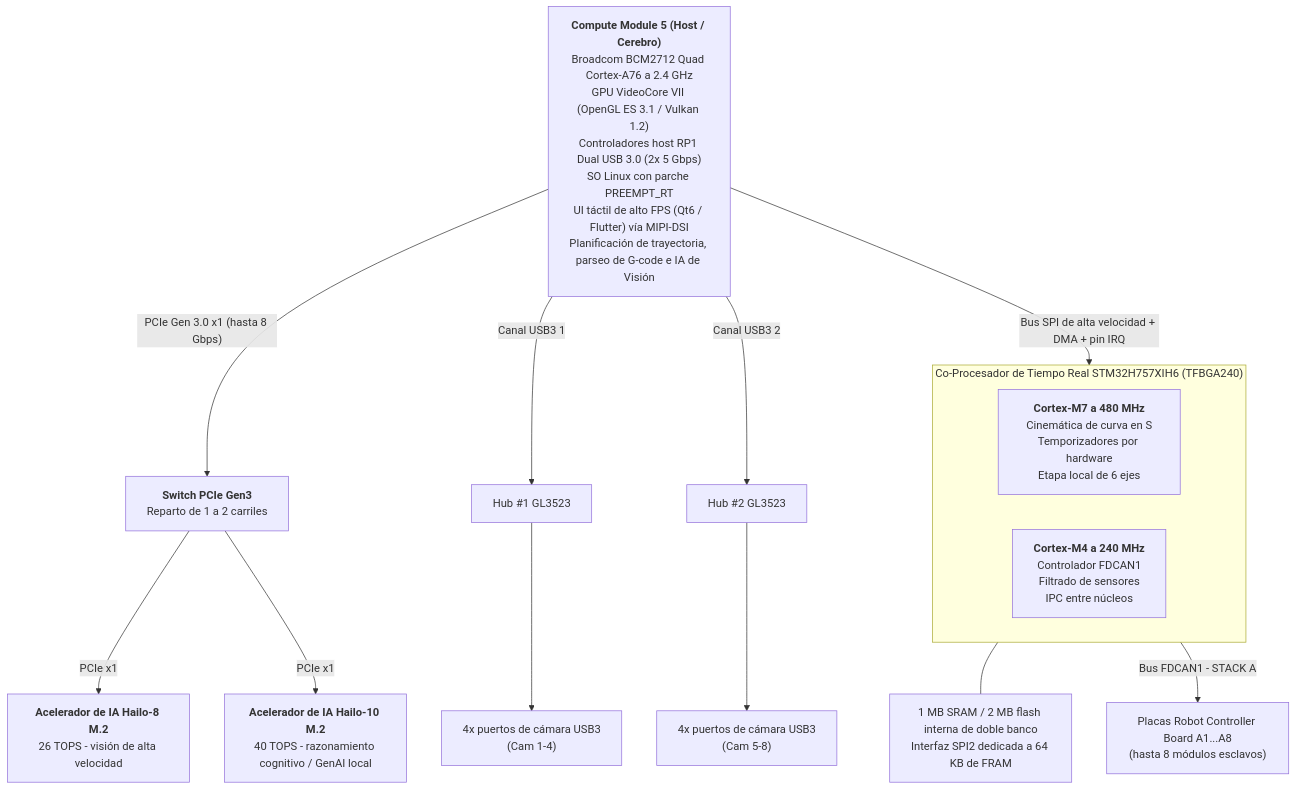
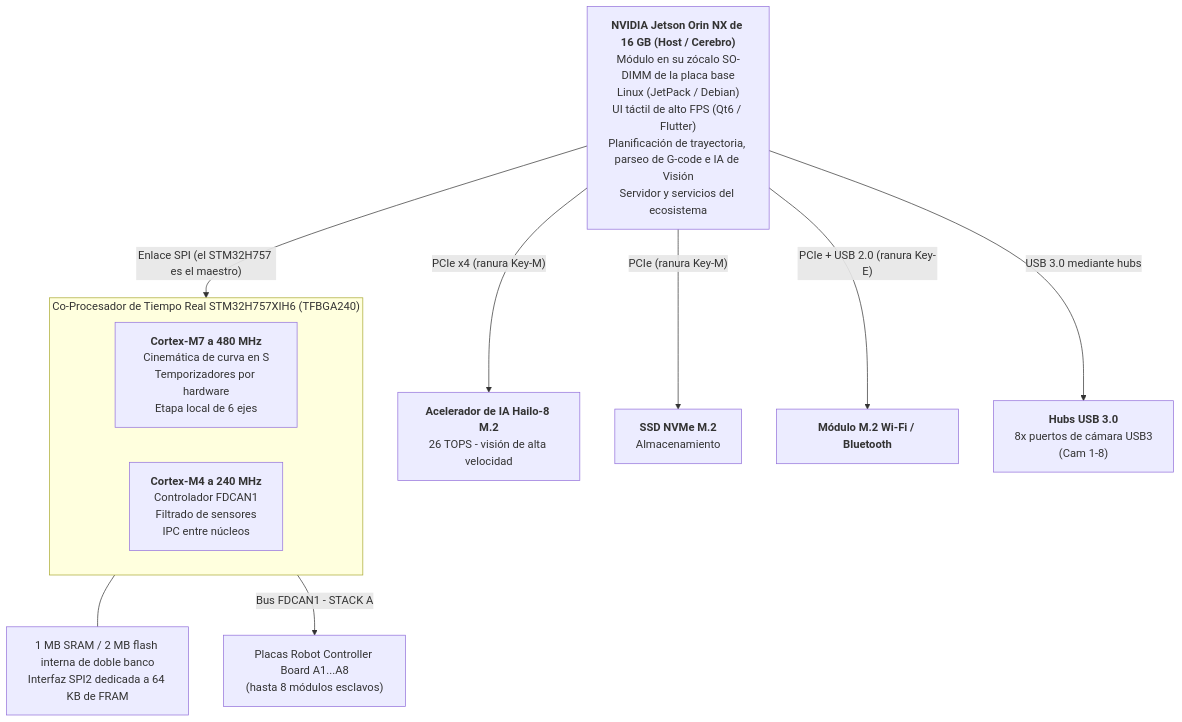
The first of 3 diagrams in README_spa.md (JuanenRac/HYDRA-UMC), drawn with Mermaid before and after one commit. The commit also changed other lines of this file and 8 other files, not shown here.

Commit message:
Draw the Jetson baseboard in the README block diagram and feature list

````diff
--- a/README_spa.md
+++ b/README_spa.md
@@ -93,24 +95,21 @@
 ```mermaid
 flowchart TB
-    CM5["<b>Compute Module 5 (Host / Cerebro)</b><br/>Broadcom BCM2712 Quad Cortex-A76 a 2.4 GHz<br/>GPU VideoCore VII (OpenGL ES 3.1 / Vulkan 1.2)<br/>Controladores host RP1 Dual USB 3.0 (2x 5 Gbps)<br/>SO Linux con parche PREEMPT_RT<br/>UI táctil de alto FPS (Qt6 / Flutter) vía MIPI-DSI<br/>Planificación de trayectoria, parseo de G-code e IA de Visión"]
+    JETSON["<b>NVIDIA Jetson Orin NX de 16 GB (Host / Cerebro)</b><br/>Módulo en su zócalo SO-DIMM de la placa base<br/>Linux (JetPack / Debian)<br/>UI táctil de alto FPS (Qt6 / Flutter)<br/>Planificación de trayectoria, parseo de G-code e IA de Visión<br/>Servidor y servicios del ecosistema"]
 
-    CM5 -- "PCIe Gen 3.0 x1 (hasta 8 Gbps)" --> PCIESW["<b>Switch PCIe Gen3</b><br/>Reparto de 1 a 2 carriles"]
-    PCIESW -- "PCIe x1" --> HAILO8["<b>Acelerador de IA Hailo-8 M.2</b><br/>26 TOPS - visión de alta velocidad"]
-    PCIESW -- "PCIe x1" --> HAILO10["<b>Acelerador de IA Hailo-10 M.2</b><br/>40 TOPS - razonamiento cognitivo / GenAI local"]
-    CM5 -- "Canal USB3 1" --> HUB1["Hub #1 GL3523"]
-    CM5 -- "Canal USB3 2" --> HUB2["Hub #2 GL3523"]
-    HUB1 --> CAM14["4x puertos de cámara USB3<br/>(Cam 1-4)"]
-    HUB2 --> CAM58["4x puertos de cámara USB3<br/>(Cam 5-8)"]
+    JETSON -- "PCIe x4 (ranura Key-M)" --> HAILO8["<b>Acelerador de IA Hailo-8 M.2</b><br/>26 TOPS - visión de alta velocidad"]
+    JETSON -- "PCIe (ranura Key-M)" --> NVME["<b>SSD NVMe M.2</b><br/>Almacenamiento"]
+    JETSON -- "PCIe + USB 2.0 (ranura Key-E)" --> WIFI["<b>Módulo M.2 Wi-Fi / Bluetooth</b>"]
+    JETSON -- "USB 3.0 mediante hubs" --> HUBS["<b>Hubs USB 3.0</b><br/>8x puertos de cámara USB3<br/>(Cam 1-8)"]
 
-    CM5 -- "Bus SPI de alta velocidad + DMA + pin IRQ" --> MCU
+    JETSON -- "Enlace SPI (el STM32H757 es el maestro)" --> MCU
 
     subgraph MCU["Co-Procesador de Tiempo Real STM32H757XIH6 (TFBGA240)"]
         direction LR
         CM7["<b>Cortex-M7 a 480 MHz</b><br/>Cinemática de curva en S<br/>Temporizadores por hardware<br/>Etapa local de 6 ejes"]
         CM4["<b>Cortex-M4 a 240 MHz</b><br/>Controlador FDCAN1<br/>Filtrado de sensores<br/>IPC entre núcleos"]
     end
     MEM["1 MB SRAM / 2 MB flash interna de doble banco<br/>Interfaz SPI2 dedicada a 64 KB de FRAM"]
     MCU --- MEM
 
     MCU -- "Bus FDCAN1 - STACK A" --> ROBOTS["Placas Robot Controller Board A1...A8<br/>(hasta 8 módulos esclavos)"]
 ```
````
